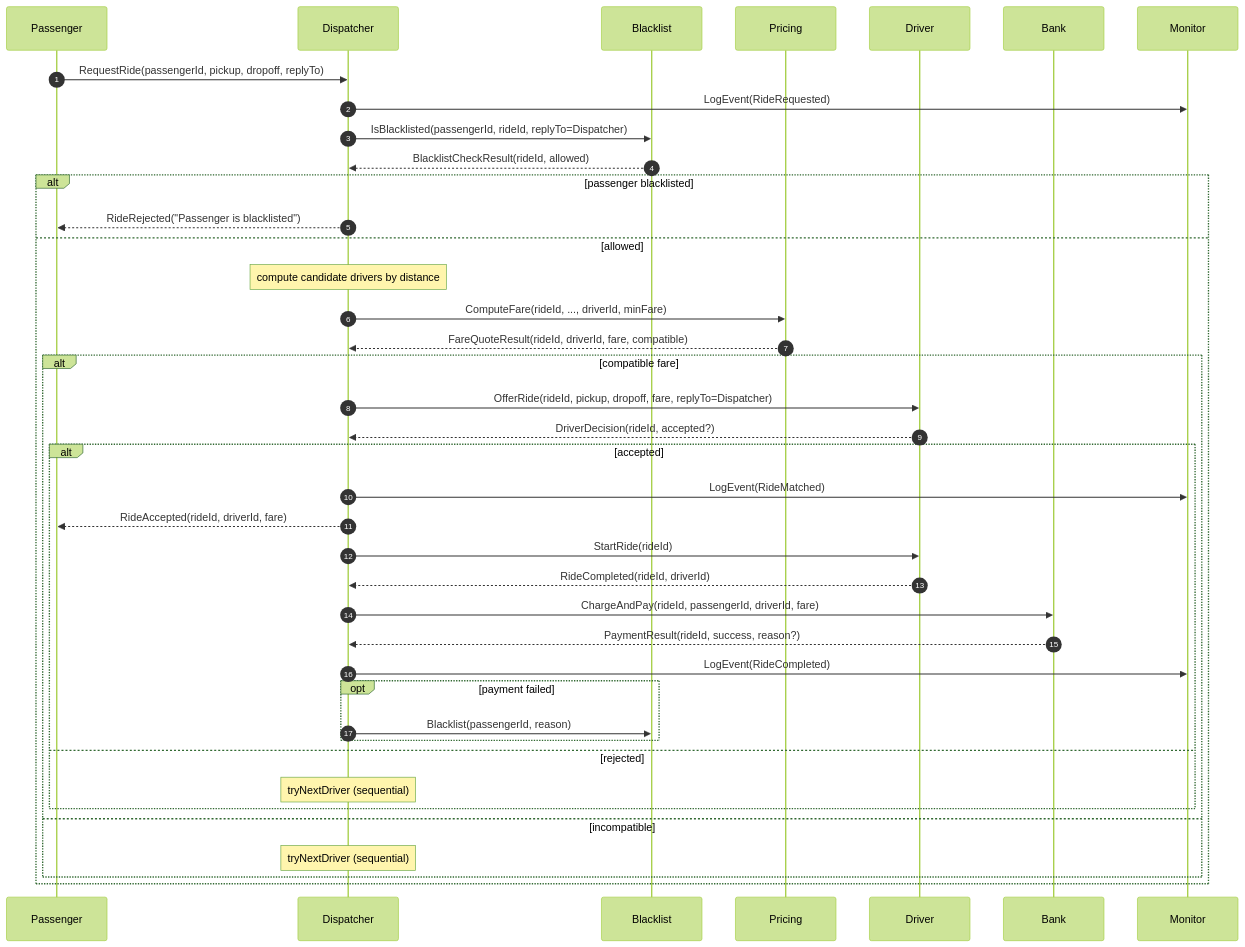
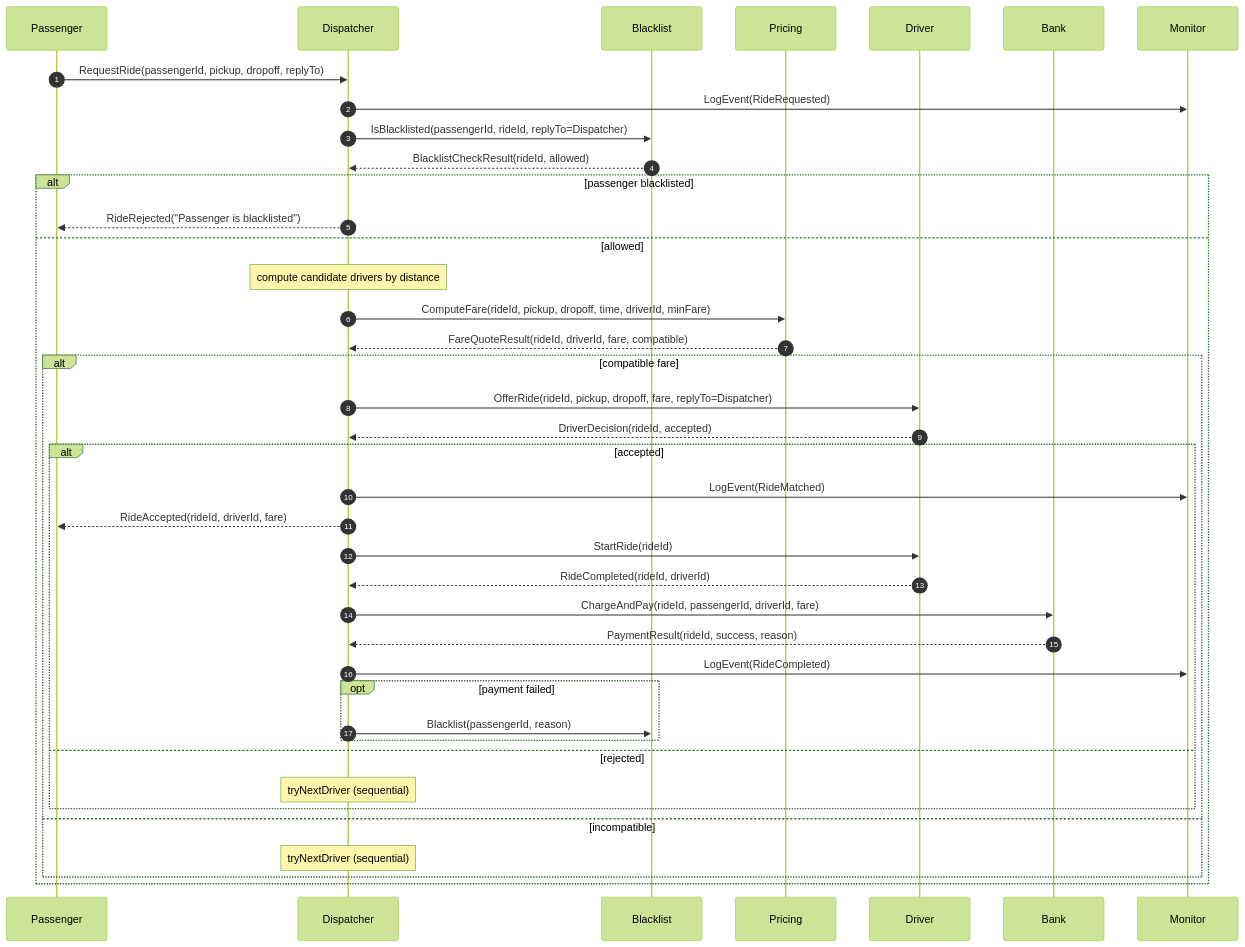
The second of 4 diagrams in REPORT.md (Sababagherinia/Scala_assignment2), drawn with Mermaid (forest theme) before and after one commit. The commit also changed other lines of this file, not shown here.

````diff
--- a/REPORT.md
+++ b/REPORT.md
@@ -58,49 +58,49 @@
 ```mermaid
 sequenceDiagram
   autonumber
   participant Passenger
   participant Dispatcher
   participant Blacklist
   participant Pricing
   participant Driver
   participant Bank
   participant Monitor
 
   Passenger->>Dispatcher: RequestRide(passengerId, pickup, dropoff, replyTo)
   Dispatcher->>Monitor: LogEvent(RideRequested)
   Dispatcher->>Blacklist: IsBlacklisted(passengerId, rideId, replyTo=Dispatcher)
   Blacklist-->>Dispatcher: BlacklistCheckResult(rideId, allowed)
 
   alt passenger blacklisted
     Dispatcher-->>Passenger: RideRejected("Passenger is blacklisted")
   else allowed
     Note over Dispatcher: compute candidate drivers by distance
-    Dispatcher->>Pricing: ComputeFare(rideId, ..., driverId, minFare)
+    Dispatcher->>Pricing: ComputeFare(rideId, pickup, dropoff, time, driverId, minFare)
     Pricing-->>Dispatcher: FareQuoteResult(rideId, driverId, fare, compatible)
 
     alt compatible fare
       Dispatcher->>Driver: OfferRide(rideId, pickup, dropoff, fare, replyTo=Dispatcher)
-      Driver-->>Dispatcher: DriverDecision(rideId, accepted?)
+      Driver-->>Dispatcher: DriverDecision(rideId, accepted)
 
       alt accepted
         Dispatcher->>Monitor: LogEvent(RideMatched)
         Dispatcher-->>Passenger: RideAccepted(rideId, driverId, fare)
         Dispatcher->>Driver: StartRide(rideId)
         Driver-->>Dispatcher: RideCompleted(rideId, driverId)
 
         Dispatcher->>Bank: ChargeAndPay(rideId, passengerId, driverId, fare)
-        Bank-->>Dispatcher: PaymentResult(rideId, success, reason?)
+        Bank-->>Dispatcher: PaymentResult(rideId, success, reason)
 
         Dispatcher->>Monitor: LogEvent(RideCompleted)
         opt payment failed
           Dispatcher->>Blacklist: Blacklist(passengerId, reason)
         end
 
       else rejected
         Note over Dispatcher: tryNextDriver (sequential)
       end
     else incompatible
       Note over Dispatcher: tryNextDriver (sequential)
     end
   end
 ```
````
